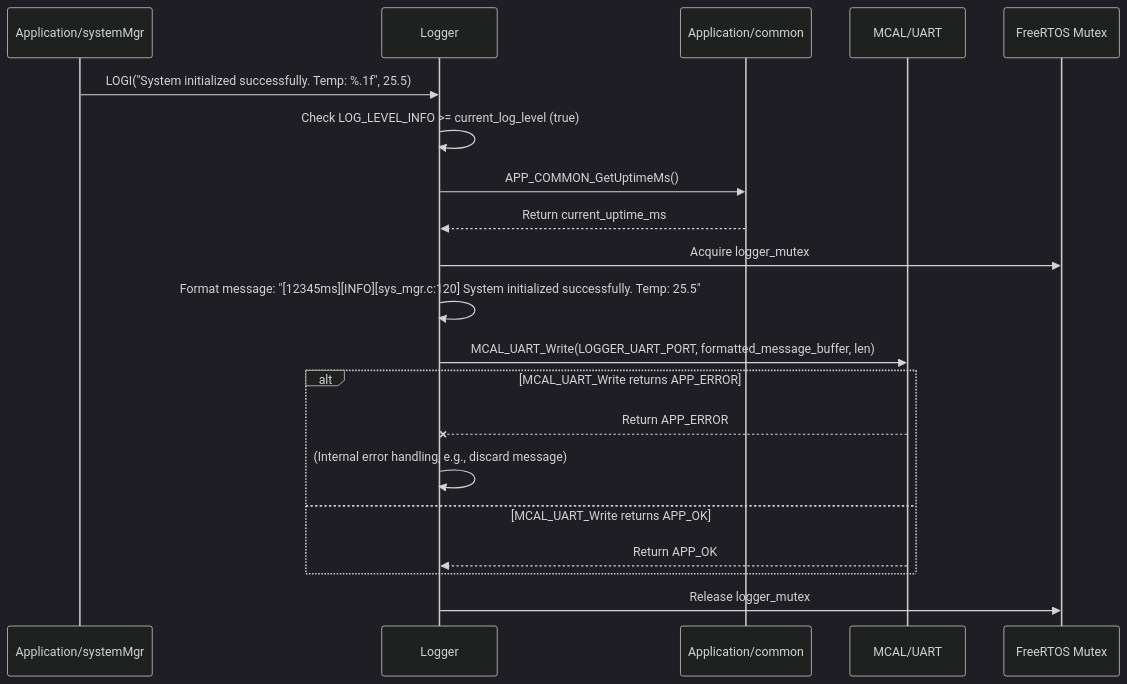
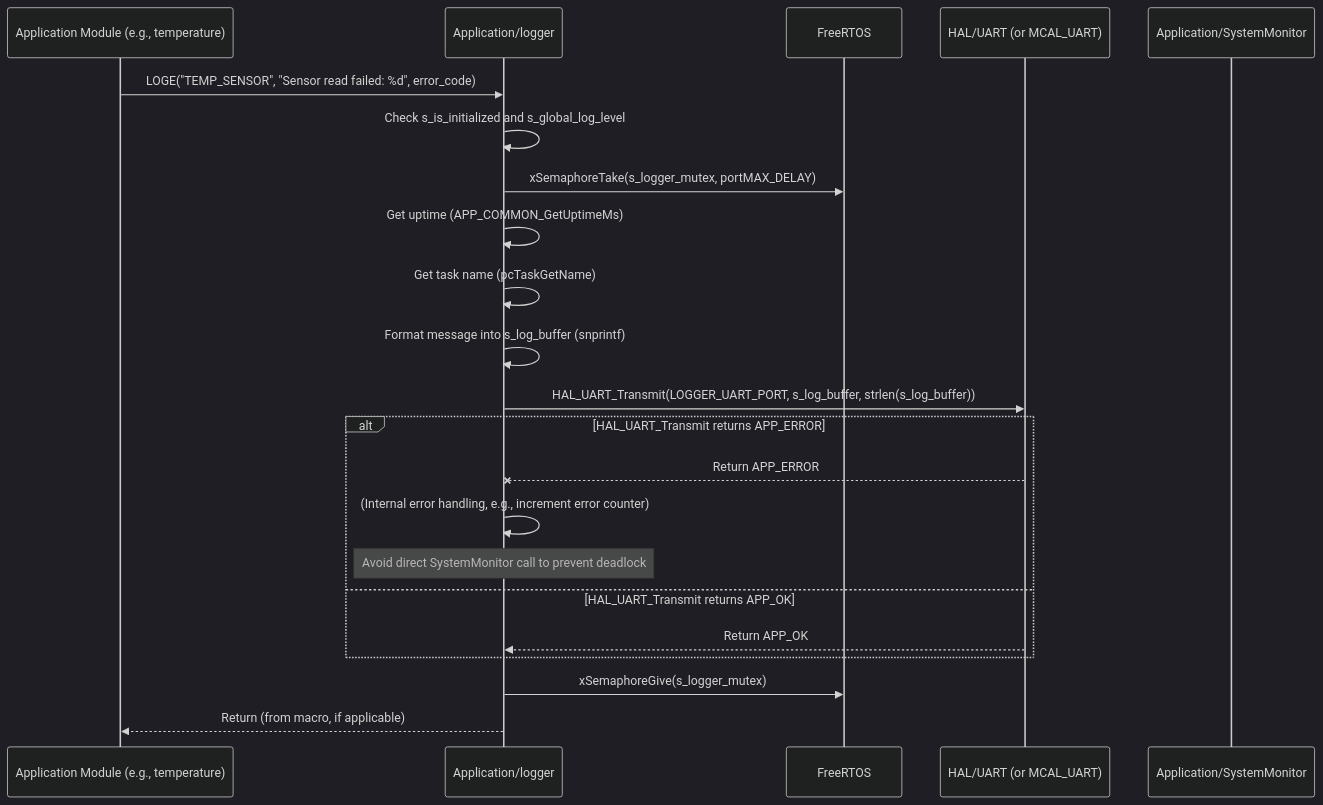
Before and after one commit to ashaker-2/Platform: the diagram in Requiremets/Design/Application/Logger.md, drawn with Mermaid (dark theme). The commit also changed other lines of this file and 26 other files, not shown here.

````diff
--- a/Requiremets/Design/Application/Logger.md
+++ b/Requiremets/Design/Application/Logger.md
@@ -147,23 +163,25 @@
 ```mermaid
 sequenceDiagram  
-    participant AppModule as Application/systemMgr  
-    participant Logger as Logger  
-    participant Common as Application/common  
-    participant MCAL_UART as MCAL/UART  
-    participant LoggerMutex as FreeRTOS Mutex
+    participant AppModule as Application Module (e.g., temperature)  
+    participant Logger as Application/logger  
+    participant FreeRTOS as FreeRTOS  
+    participant HAL_UART as HAL/UART (or MCAL_UART)  
+    participant SystemMonitor as Application/SystemMonitor
 
-    AppModule->>Logger: LOGI("System initialized successfully. Temp: %.1f", 25.5)  
-    Logger->>Logger: Check LOG_LEVEL_INFO >= current_log_level (true)  
-    Logger->>Common: APP_COMMON_GetUptimeMs()  
-    Common-->>Logger: Return current_uptime_ms  
-    Logger->>LoggerMutex: Acquire logger_mutex  
-    Logger->>Logger: Format message: "[12345ms][INFO][sys_mgr.c:120] System initialized successfully. Temp: 25.5"  
-    Logger->>MCAL_UART: MCAL_UART_Write(LOGGER_UART_PORT, formatted_message_buffer, len)  
-    alt MCAL_UART_Write returns APP_ERROR  
-        MCAL_UART--xLogger: Return APP_ERROR  
-        Logger->>Logger: (Internal error handling, e.g., discard message)  
-    else MCAL_UART_Write returns APP_OK  
-        MCAL_UART-->>Logger: Return APP_OK  
+    AppModule->>Logger: LOGE("TEMP_SENSOR", "Sensor read failed: %d", error_code)  
+    Logger->>Logger: Check s_is_initialized and s_global_log_level  
+    Logger->>FreeRTOS: xSemaphoreTake(s_logger_mutex, portMAX_DELAY)  
+    Logger->>Logger: Get uptime (APP_COMMON_GetUptimeMs)  
+    Logger->>Logger: Get task name (pcTaskGetName)  
+    Logger->>Logger: Format message into s_log_buffer (snprintf)  
+    Logger->>HAL_UART: HAL_UART_Transmit(LOGGER_UART_PORT, s_log_buffer, strlen(s_log_buffer))  
+    alt HAL_UART_Transmit returns APP_ERROR  
+        HAL_UART--xLogger: Return APP_ERROR  
+        Logger->>Logger: (Internal error handling, e.g., increment error counter)  
+        Note over Logger: Avoid direct SystemMonitor call to prevent deadlock  
+    else HAL_UART_Transmit returns APP_OK  
+        HAL_UART-->>Logger: Return APP_OK  
     end  
-    Logger->>LoggerMutex: Release logger_mutex
+    Logger->>FreeRTOS: xSemaphoreGive(s_logger_mutex)  
+    Logger-->>AppModule: Return (from macro, if applicable)
 ```
````
